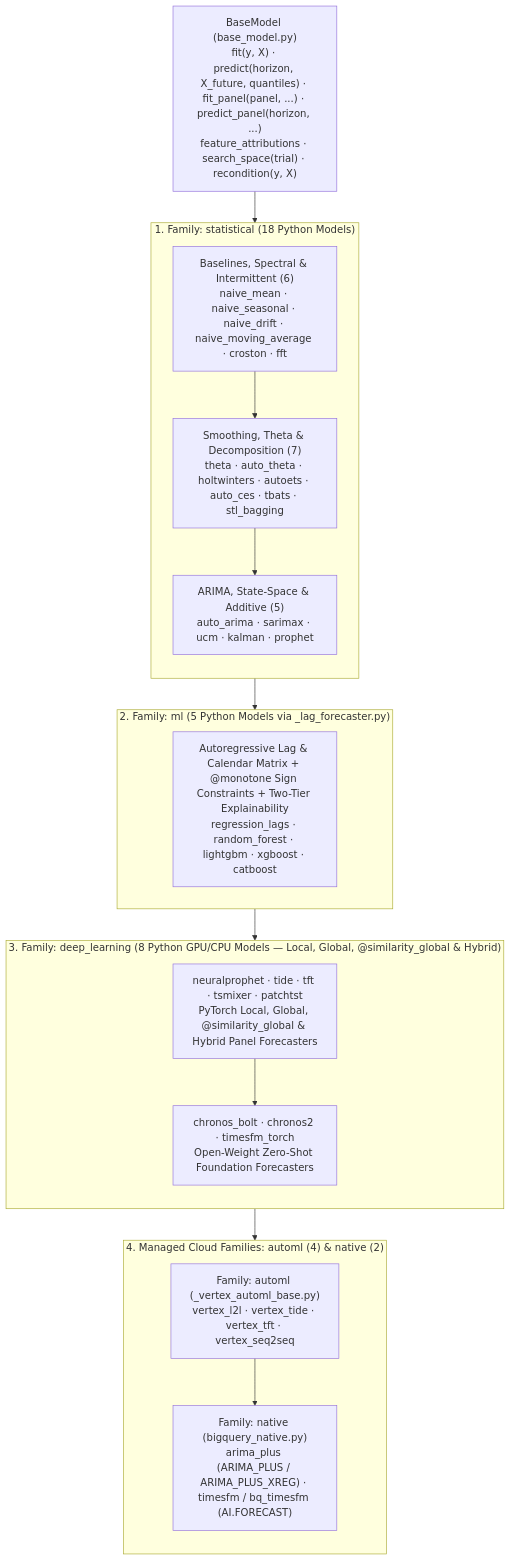
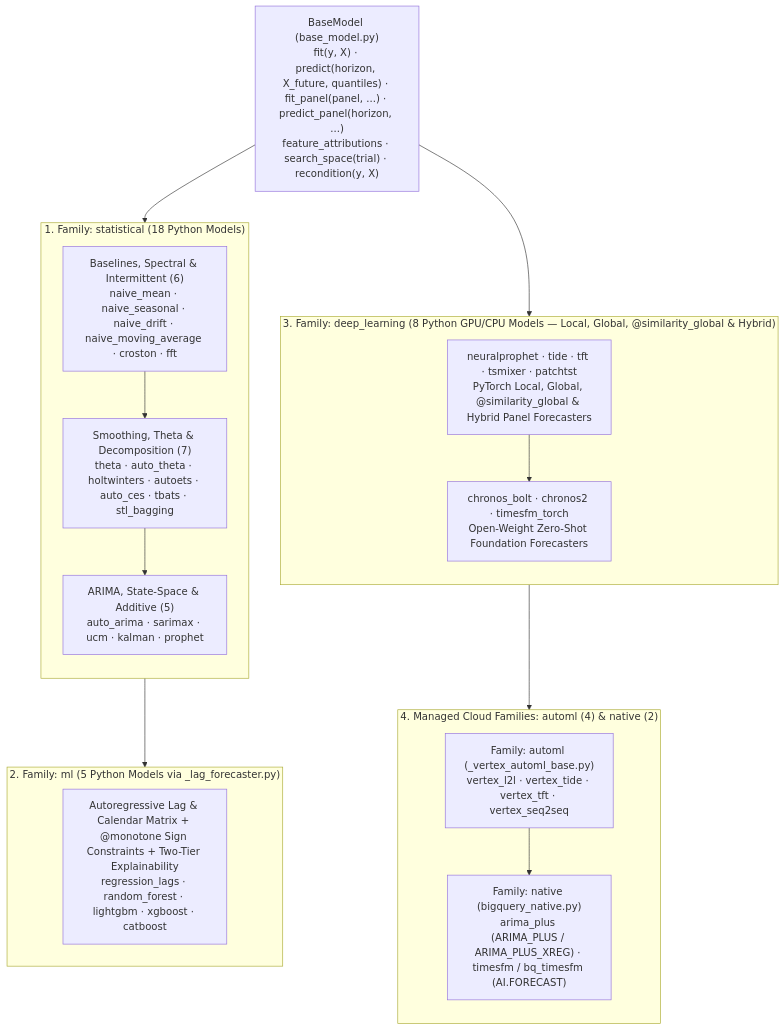
Before and after one commit to statmike/scale-forecasting: the diagram in src/scale_forecasting/models/README.md, drawn with Mermaid. The commit also changed other lines of this file and 16 other files, not shown here.

Commit message:
docs: expand temporal reconciliation reference, fix GitHub MathJax & Mermaid aspect ratios, and add pre-commit tripwires

````diff
--- a/src/scale_forecasting/models/README.md
+++ b/src/scale_forecasting/models/README.md
@@ -7,32 +7,34 @@
 ```mermaid
 flowchart TB
     base["BaseModel (base_model.py)<br/>fit(y, X) · predict(horizon, X_future, quantiles) · fit_panel(panel, ...) · predict_panel(horizon, ...)<br/>feature_attributions · search_space(trial) · recondition(y, X)"]
 
     subgraph stat["1. Family: statistical (18 Python Models)"]
         direction TB
         naive["Baselines, Spectral & Intermittent (6)<br/>naive_mean · naive_seasonal · naive_drift · naive_moving_average · croston · fft"]
         ets["Smoothing, Theta & Decomposition (7)<br/>theta · auto_theta · holtwinters · autoets · auto_ces · tbats · stl_bagging"]
         ss["ARIMA, State-Space & Additive (5)<br/>auto_arima · sarimax · ucm · kalman · prophet"]
         naive --> ets --> ss
     end
 
     subgraph ml["2. Family: ml (5 Python Models via _lag_forecaster.py)"]
         lag["Autoregressive Lag & Calendar Matrix + @monotone Sign Constraints + Two-Tier Explainability<br/>regression_lags · random_forest · lightgbm · xgboost · catboost"]
     end
 
     subgraph dl["3. Family: deep_learning (8 Python GPU/CPU Models — Local, Global, @similarity_global & Hybrid)"]
         direction TB
         np["neuralprophet · tide · tft · tsmixer · patchtst<br/>PyTorch Local, Global, @similarity_global & Hybrid Panel Forecasters"]
         fnd["chronos_bolt · chronos2 · timesfm_torch<br/>Open-Weight Zero-Shot Foundation Forecasters"]
         np --> fnd
     end
 
     subgraph managed["4. Managed Cloud Families: automl (4) & native (2)"]
         direction TB
         vaml["Family: automl (_vertex_automl_base.py)<br/>vertex_l2l · vertex_tide · vertex_tft · vertex_seq2seq"]
         bq["Family: native (bigquery_native.py)<br/>arima_plus (ARIMA_PLUS / ARIMA_PLUS_XREG) · timesfm / bq_timesfm (AI.FORECAST)"]
         vaml --> bq
     end
 
-    base --> stat --> ml --> dl --> managed
+    base --> stat & dl
+    stat --> ml
+    dl --> managed
 ```
````
